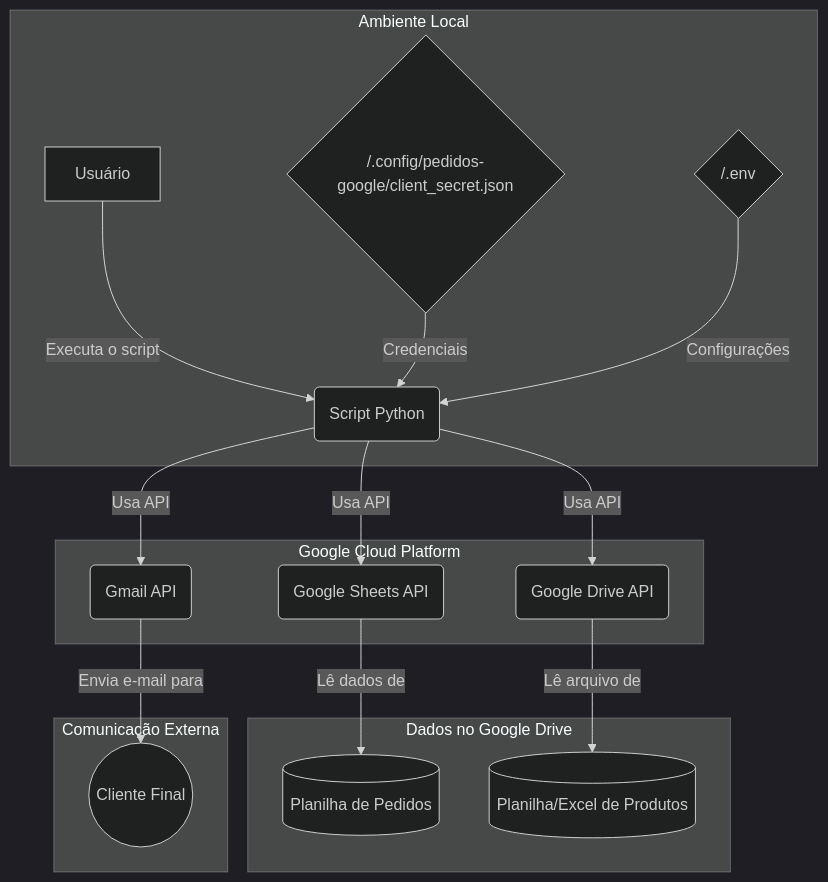
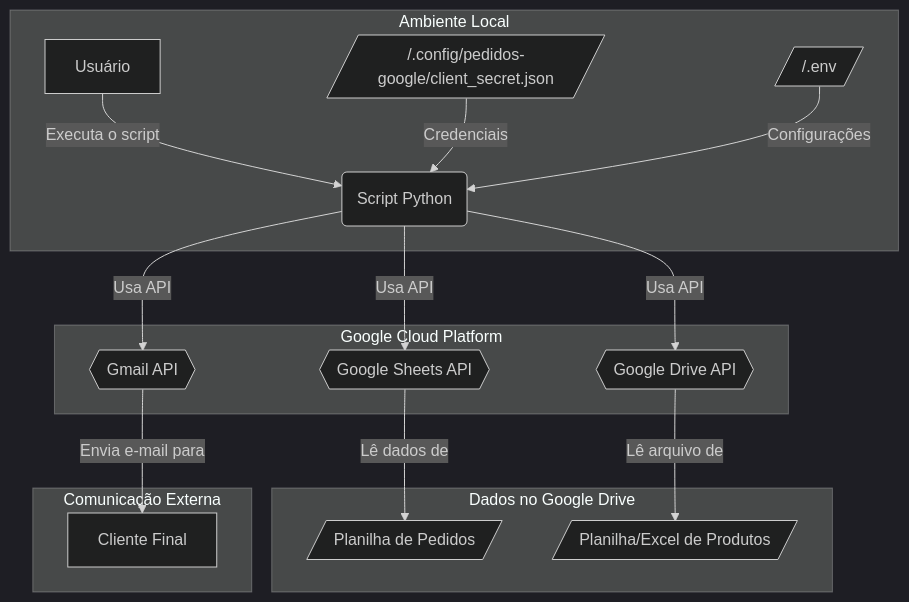
One commit to lts-unochapeco/Projeto_AutomacaoAPIsGoogle changed the first of 4 diagrams in README.md. Above: the diagram before and after it, drawn with Mermaid (dark theme).

````diff
--- a/README.md
+++ b/README.md
@@ -9,23 +9,23 @@
 ```mermaid
 graph TD
     subgraph "Ambiente Local"
         A[Usuário] -->|Executa o script| B(Script Python);
-        C{/.config/pedidos-google/client_secret.json} -->|Credenciais| B;
-        D{/.env} -->|Configurações| B;
+        C[//.config/pedidos-google/client_secret.json/] -->|Credenciais| B;
+        D[//.env/] -->|Configurações| B;
     end
 
     subgraph "Google Cloud Platform"
-        B -->|Usa API| E(Google Sheets API);
-        B -->|Usa API| F(Google Drive API);
-        B -->|Usa API| G(Gmail API);
+        B -->|Usa API| E{{Google Sheets API}};
+        B -->|Usa API| F{{Google Drive API}};
+        B -->|Usa API| G{{Gmail API}};
     end
 
     subgraph "Dados no Google Drive"
-        E -->|Lê dados de| H[(Planilha de Pedidos)];
-        F -->|Lê arquivo de| I[(Planilha/Excel de Produtos)];
+        E -->|Lê dados de| H[/Planilha de Pedidos/];
+        F -->|Lê arquivo de| I[/Planilha/Excel de Produtos/];
     end
 
     subgraph "Comunicação Externa"
-         G -->|Envia e-mail para| J((Cliente Final));
+         G -->|Envia e-mail para| J[Cliente Final];
     end
 ```
````
